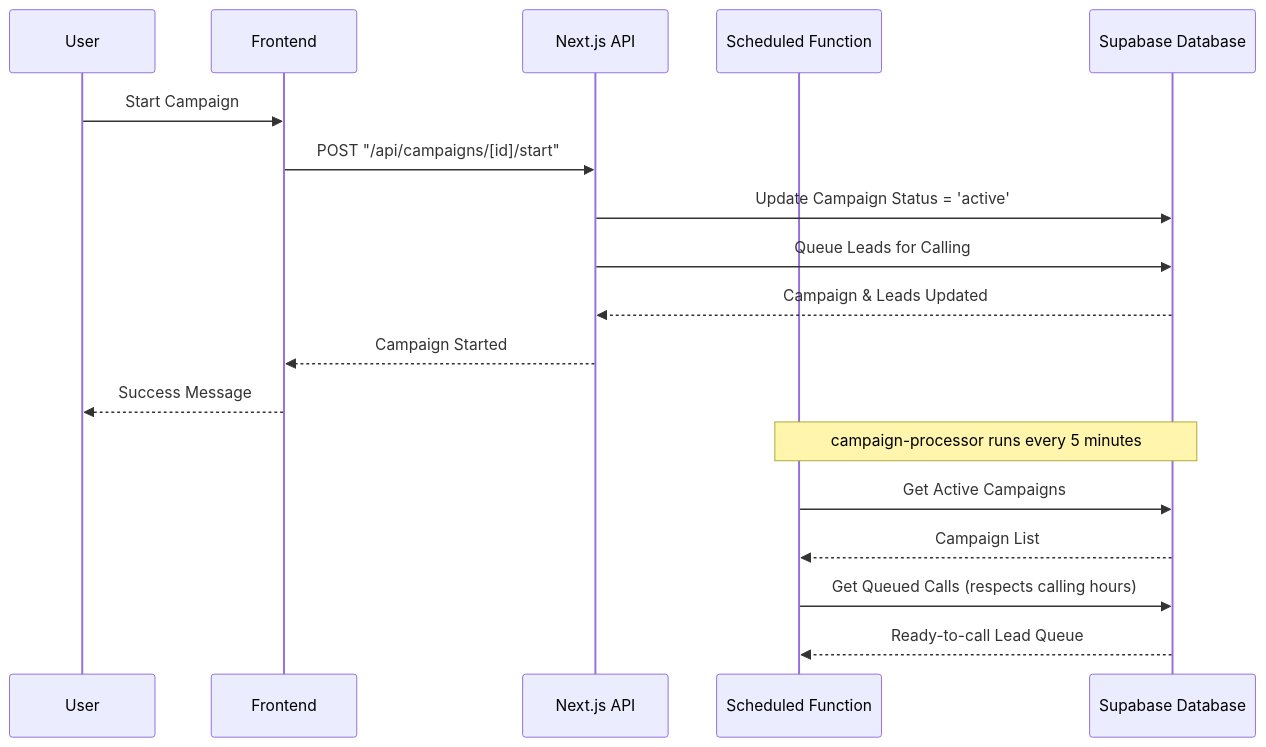
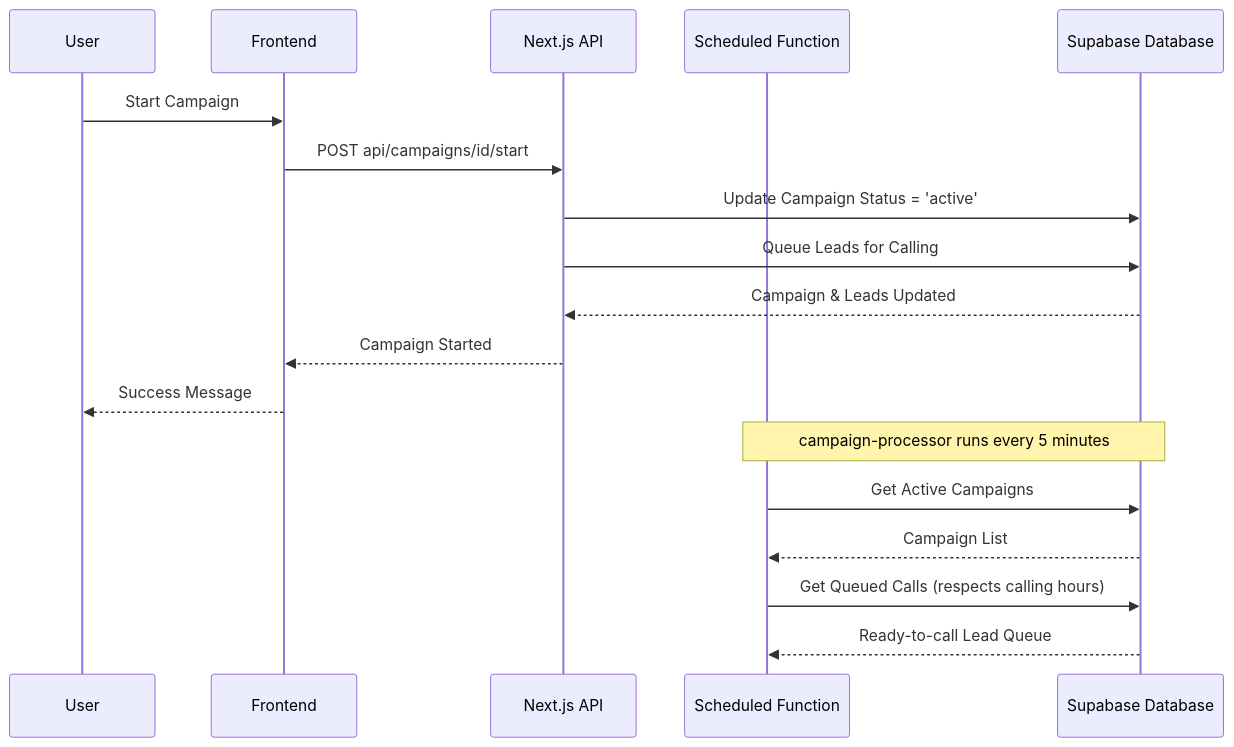
Before and after one commit to callhenk/henk: the third of 11 diagrams in docs/elevenlabs-architecture.md, drawn with Mermaid. The commit also changed other lines of this file and 1 other file, not shown here.

First line of the commit message:
Update ElevenLabs integration documentation to reflect API route changes and simplified architecture

````diff
--- a/docs/elevenlabs-architecture.md
+++ b/docs/elevenlabs-architecture.md
@@ -101,22 +101,22 @@
 ```mermaid
 sequenceDiagram
     participant U as User
     participant F as Frontend
     participant N as Next.js API
     participant SF as Scheduled Function
     participant DB as Supabase Database
 
     U->>F: Start Campaign
-    F->>N: POST "/api/campaigns/[id]/start"
+    F->>N: POST api/campaigns/id/start
     N->>DB: Update Campaign Status = 'active'
     N->>DB: Queue Leads for Calling
     DB-->>N: Campaign & Leads Updated
     N-->>F: Campaign Started
     F-->>U: Success Message
 
     Note over SF,DB: campaign-processor runs every 5 minutes
     SF->>DB: Get Active Campaigns
     DB-->>SF: Campaign List
     SF->>DB: Get Queued Calls (respects calling hours)
     DB-->>SF: Ready-to-call Lead Queue
 ```
````
